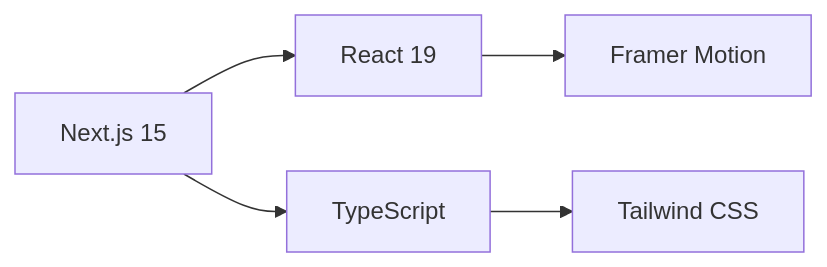
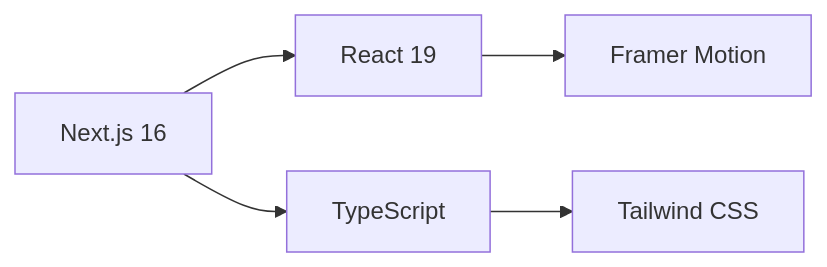
Before and after one commit to Owusu1946/expogh: the first of 4 diagrams in README.md, drawn with Mermaid. The commit also changed other lines of this file and 3 other files, not shown here.

````diff
--- a/README.md
+++ b/README.md
@@ -70,7 +70,7 @@
 ```mermaid
 graph LR
-    A[Next.js 15] --> B[React 19]
+    A[Next.js 16] --> B[React 19]
     A --> C[TypeScript]
     B --> D[Framer Motion]
     C --> E[Tailwind CSS]
 ```
````
